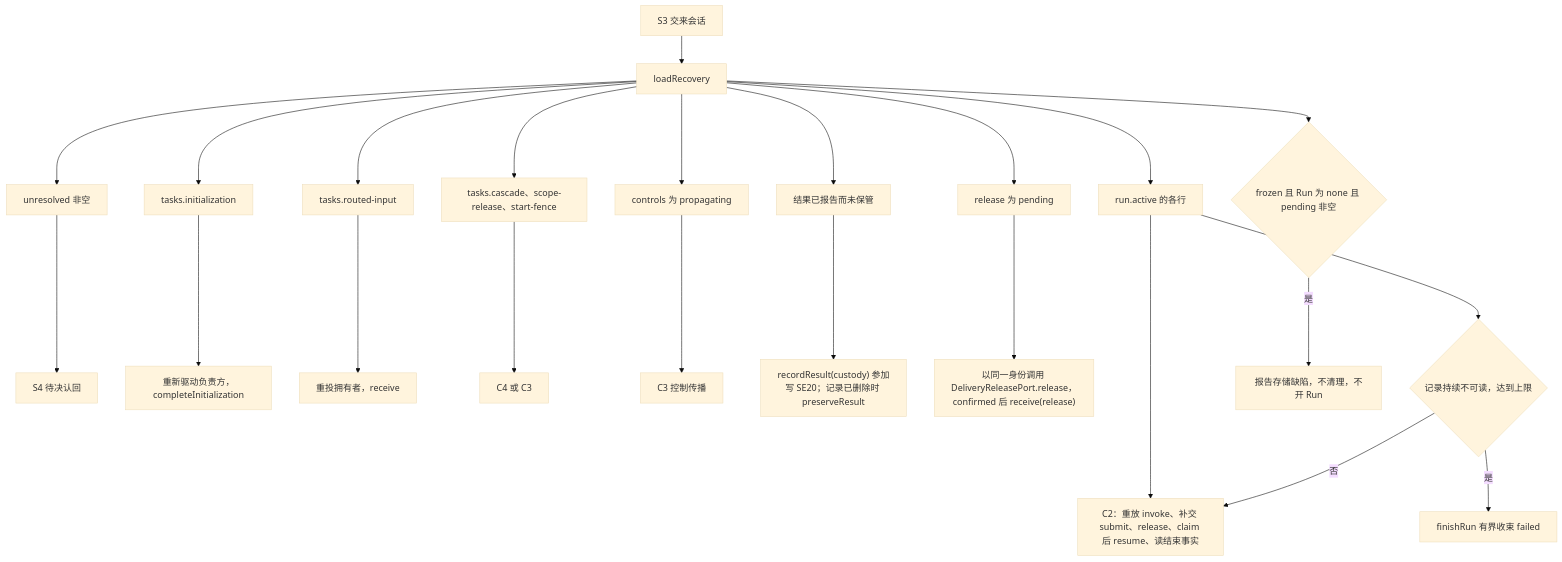
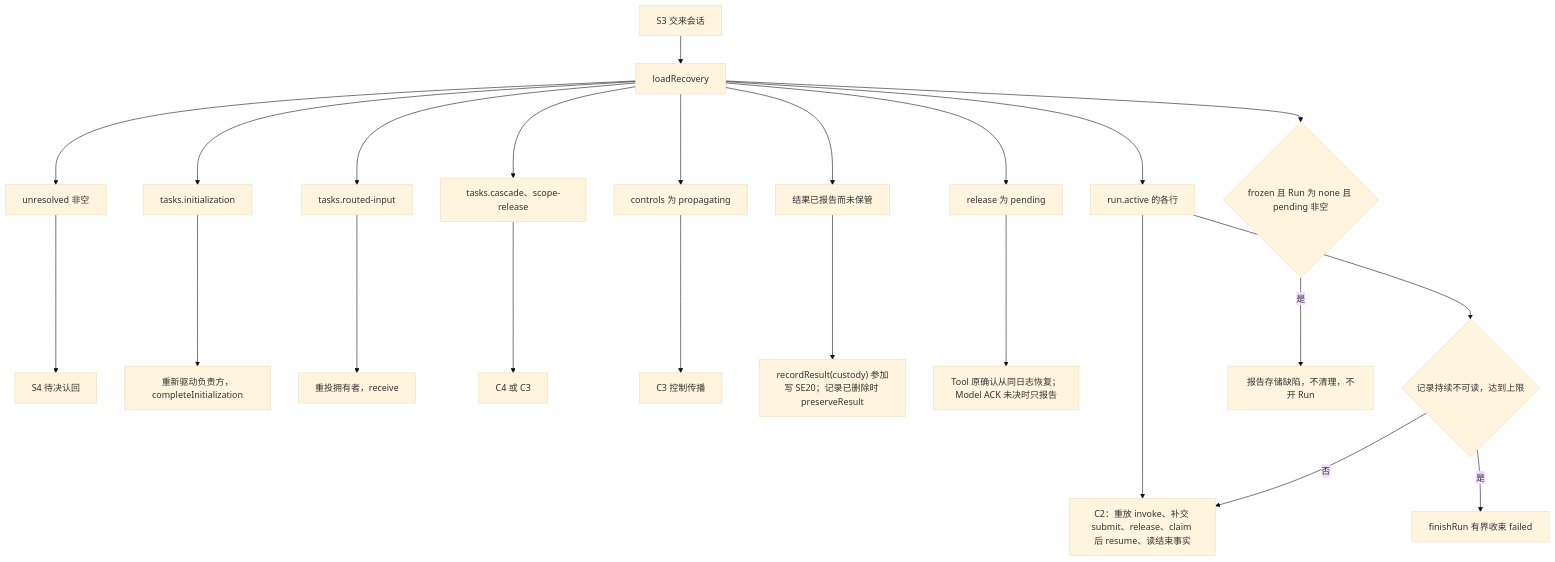
One commit to nemori-ai/omne-harness-lite changed the eighth of 15 diagrams in packages/session/session/docs/flows.md. Above: the diagram before and after it, drawn with Mermaid (base theme). The commit also changed other lines of this file and 44 other files, not shown here.

````diff
--- a/packages/session/session/docs/flows.md
+++ b/packages/session/session/docs/flows.md
@@ -243,17 +222,17 @@
 ```mermaid
 flowchart TD
     S3[S3 交来会话] --> L[loadRecovery]
     L --> U[unresolved 非空] --> S4[S4 待决认回]
     L --> I[tasks.initialization] --> Init[重新驱动负责方，completeInitialization]
     L --> RI[tasks.routed-input] --> Re[重投拥有者，receive]
-    L --> TK[tasks.cascade、scope-release、start-fence] --> C4C3[C4 或 C3]
+    L --> TK[tasks.cascade、scope-release] --> C4C3[C4 或 C3]
     L --> Ctl[controls 为 propagating] --> C3[C3 控制传播]
     L --> Run[run.active 的各行] --> C2[C2：重放 invoke、补交 submit、release、claim 后 resume、读结束事实]
     L --> Cons[结果已报告而未保管] --> Cust["recordResult(custody) 参加写 SE20；记录已删除时 preserveResult"]
-    L --> Rel[release 为 pending] --> Ack["以同一身份调用 DeliveryReleasePort.release，confirmed 后 receive(release)"]
+    L --> Rel[release 为 pending] --> Ack["Tool 原确认从同日志恢复；Model ACK 未决时只报告"]
     Run --> B{记录持续不可读，达到上限}
     B -->|是| FR[finishRun 有界收束 failed]
     B -->|否| C2
     L --> Fz{frozen 且 Run 为 none 且 pending 非空}
     Fz -->|是| Def[报告存储缺陷，不清理，不开 Run]
 ```
````
